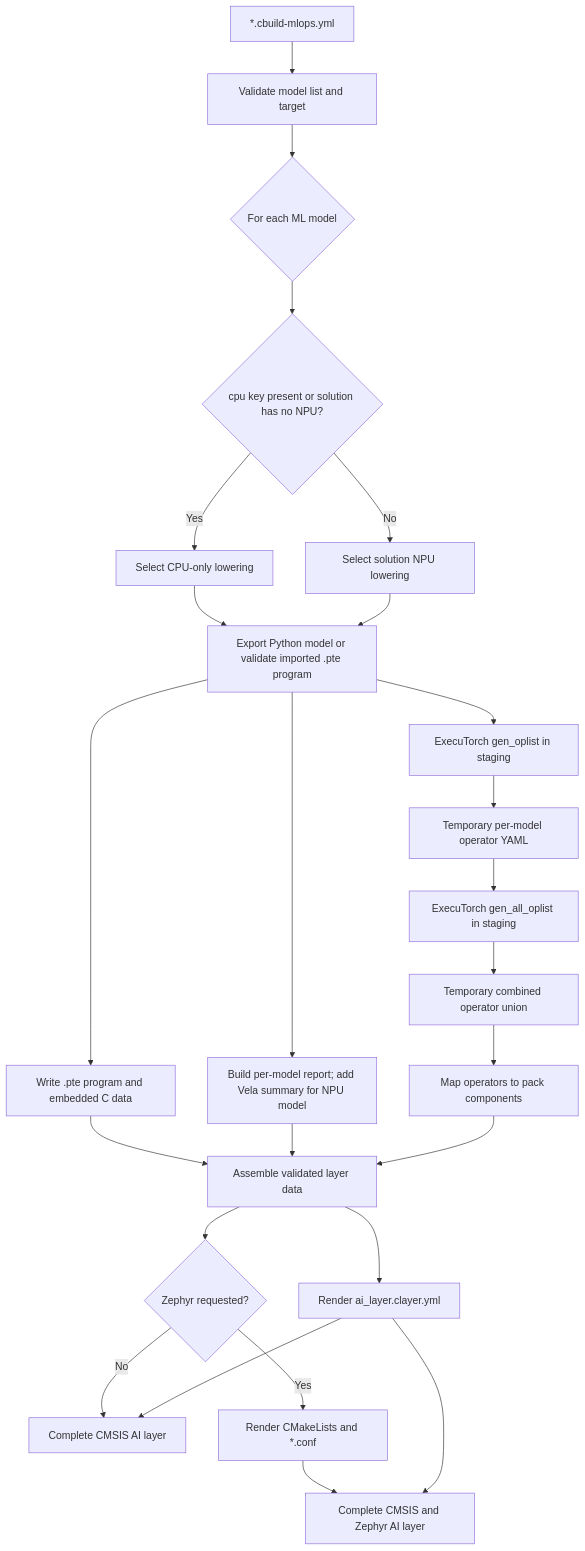
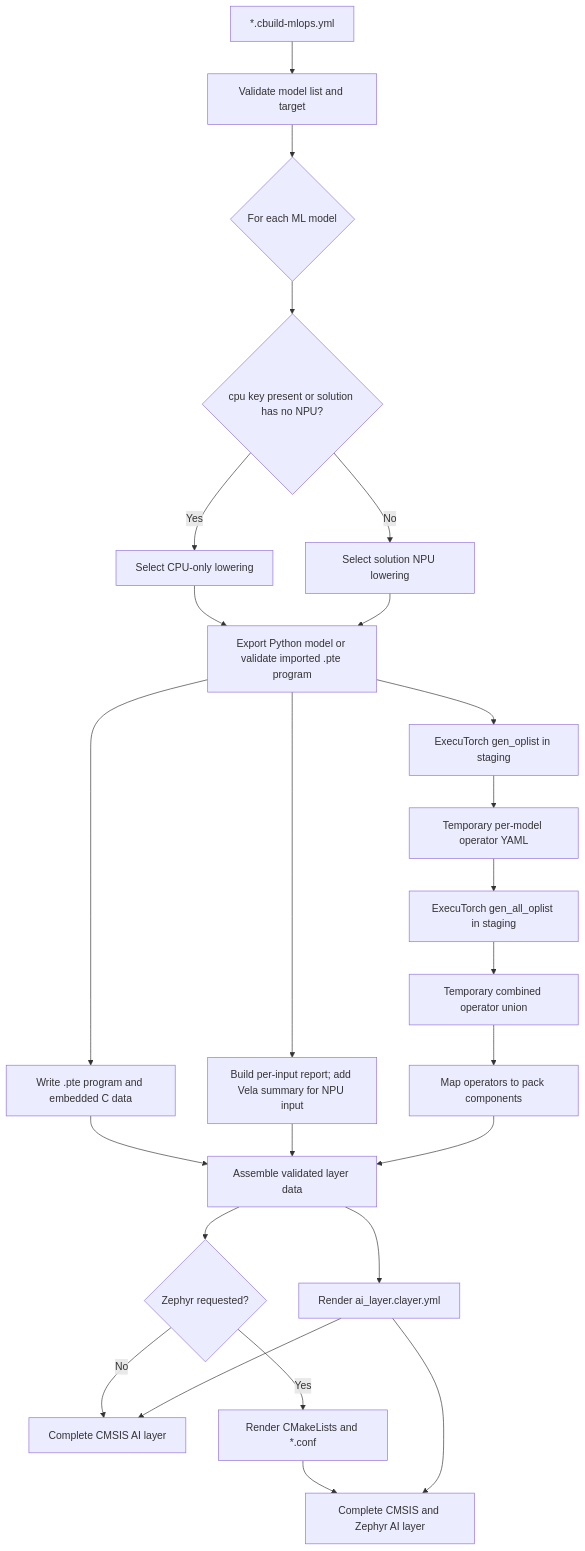
The first of 3 diagrams in TODO.md (ReinhardKeil/cmsis-et-template), drawn with Mermaid before and after one commit. The commit also changed other lines of this file and 5 other files, not shown here.

````diff
--- a/TODO.md
+++ b/TODO.md
@@ -379,27 +583,27 @@
 ```mermaid
 flowchart TD
     A[*.cbuild-mlops.yml] --> B[Validate model list and target]
     B --> C{For each ML model}
     C --> T{cpu key present or solution has no NPU?}
     T -- Yes --> T1[Select CPU-only lowering]
     T -- No --> T2[Select solution NPU lowering]
     T1 --> D[Export Python model or validate imported .pte program]
     T2 --> D
     D --> E[Write .pte program and embedded C data]
     D --> F[ExecuTorch gen_oplist in staging]
     F --> G[Temporary per-model operator YAML]
-    D --> H[Build per-model report; add Vela summary for NPU model]
+    D --> H[Build per-input report; add Vela summary for NPU input]
     G --> I[ExecuTorch gen_all_oplist in staging]
     I --> J[Temporary combined operator union]
     J --> K[Map operators to pack components]
     E --> L[Assemble validated layer data]
     H --> L
     K --> L
     L --> Q[Render ai_layer.clayer.yml]
     L --> M{Zephyr requested?}
     M -- No --> N[Complete CMSIS AI layer]
     M -- Yes --> O[Render CMakeLists and *.conf]
     O --> P[Complete CMSIS and Zephyr AI layer]
     Q --> N
     Q --> P
 ```
````
